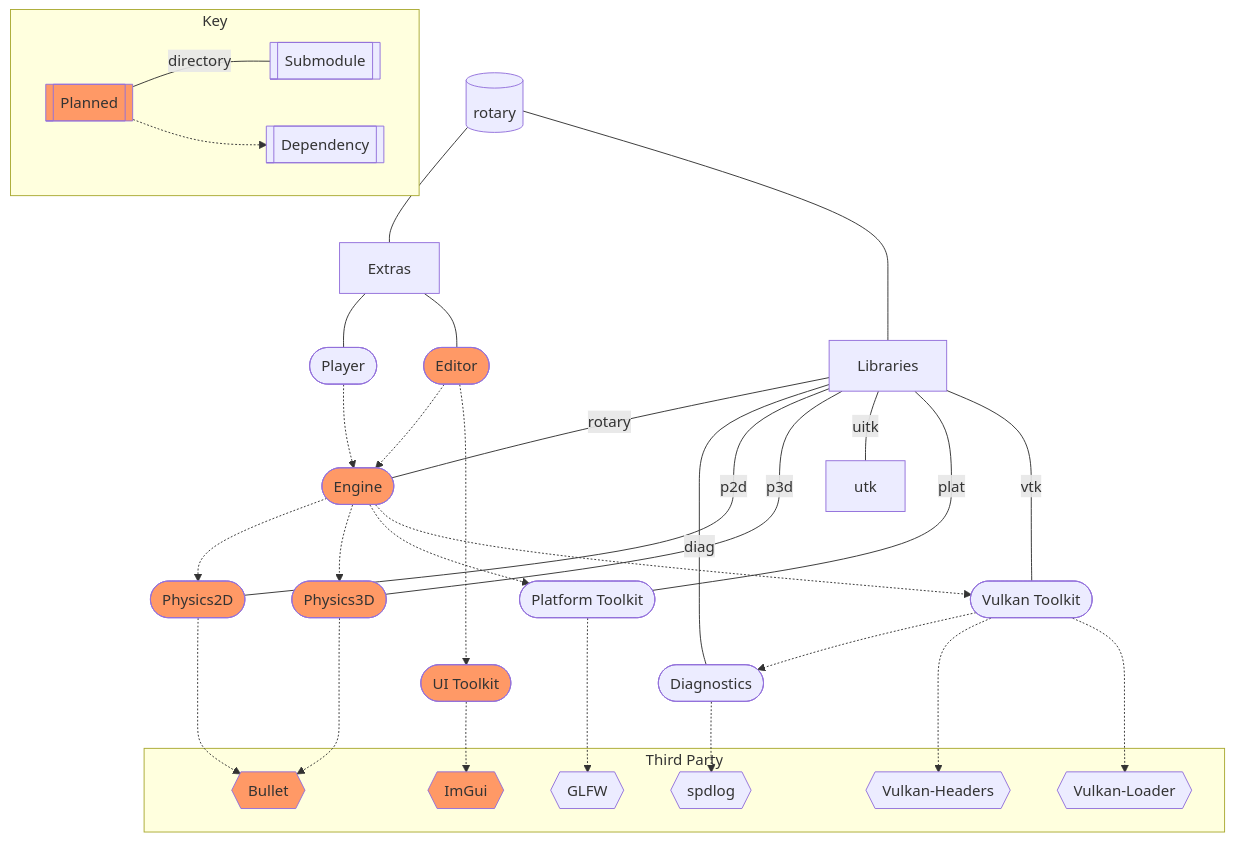
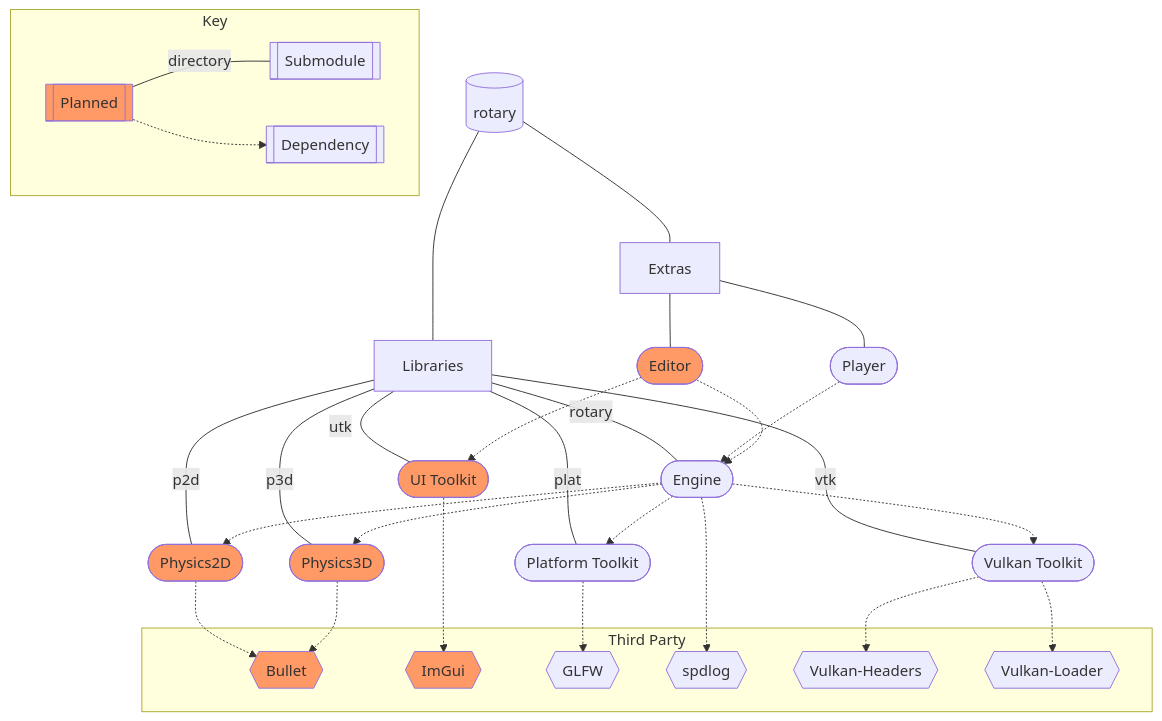
One commit to Tetrago/rotary changed the diagram in docs/docs/project-structure.md. Above: the diagram before and after it, drawn with Mermaid. The commit also changed 25 other files, not shown here.

````diff
--- a/docs/docs/project-structure.md
+++ b/docs/docs/project-structure.md
@@ -7,75 +7,71 @@
 ```mermaid
 flowchart TD
     rotary[(rotary)]
 
     extras[Extras]
     player([Player])
     editor([Editor])
 
     libs[Libraries]
-    diag([Diagnostics])
     engine([Engine])
     p2d([Physics2D])
     p3d([Physics3D])
     plat([Platform Toolkit])
     uitk([UI Toolkit])
     vtk([Vulkan Toolkit])
 
     subgraph "Third Party"
         bullet{{Bullet}}
         imgui{{ImGui}}
         glfw{{GLFW}}
         spdlog{{spdlog}}
         vulkan_headers{{Vulkan-Headers}}
         vulkan_loader{{Vulkan-Loader}}
     end
 
     rotary --- extras & libs
     extras --- player & editor
     libs -- rotary --- engine
-    libs -- diag --- diag
     libs -- p2d --- p2d
     libs -- p3d --- p3d
-    libs -- uitk --- utk
+    libs -- utk --- uitk
     libs -- plat --- plat
     libs -- vtk --- vtk
 
     player -.-> engine
     editor -.-> engine & uitk
 
-    diag -.-> spdlog
-    engine -.-> p2d & p3d & plat & vtk
+    engine -.-> p2d & p3d & plat & spdlog & vtk
     p2d -.-> bullet
     p3d -.-> bullet
     plat -.-> glfw
     uitk -.-> imgui
-    vtk -.-> diag & vulkan_headers & vulkan_loader
+    vtk -.-> vulkan_headers & vulkan_loader
 
     click bullet "https://github.com/bulletphysics/bullet3" _blank
     click imgui "https://github.com/ocornut/imgui" _blank
     click glfw "https://www.glfw.org/" _blank
     click spdlog "https://github.com/gabime/spdlog" _blank
     click vulkan_headers "https://github.com/KhronosGroup/Vulkan-Headers" _blank
     click vulkan_loader "https://github.com/KhronosGroup/Vulkan-Loader" _blank
 
     style editor fill:#f96
 
-    style engine fill:#f96
     style p2d fill:#f96
     style p3d fill:#f96
     style uitk fill:#f96
 
     style bullet fill:#f96
     style imgui fill:#f96
 
     planned[[Planned]]
     dependency[[Dependency]]
     submodule[[Submodule]]
 
     subgraph "Key"
         planned -- directory --- submodule
         planned -.-> dependency
     end
 
     style planned fill:#f96
 ```
````
